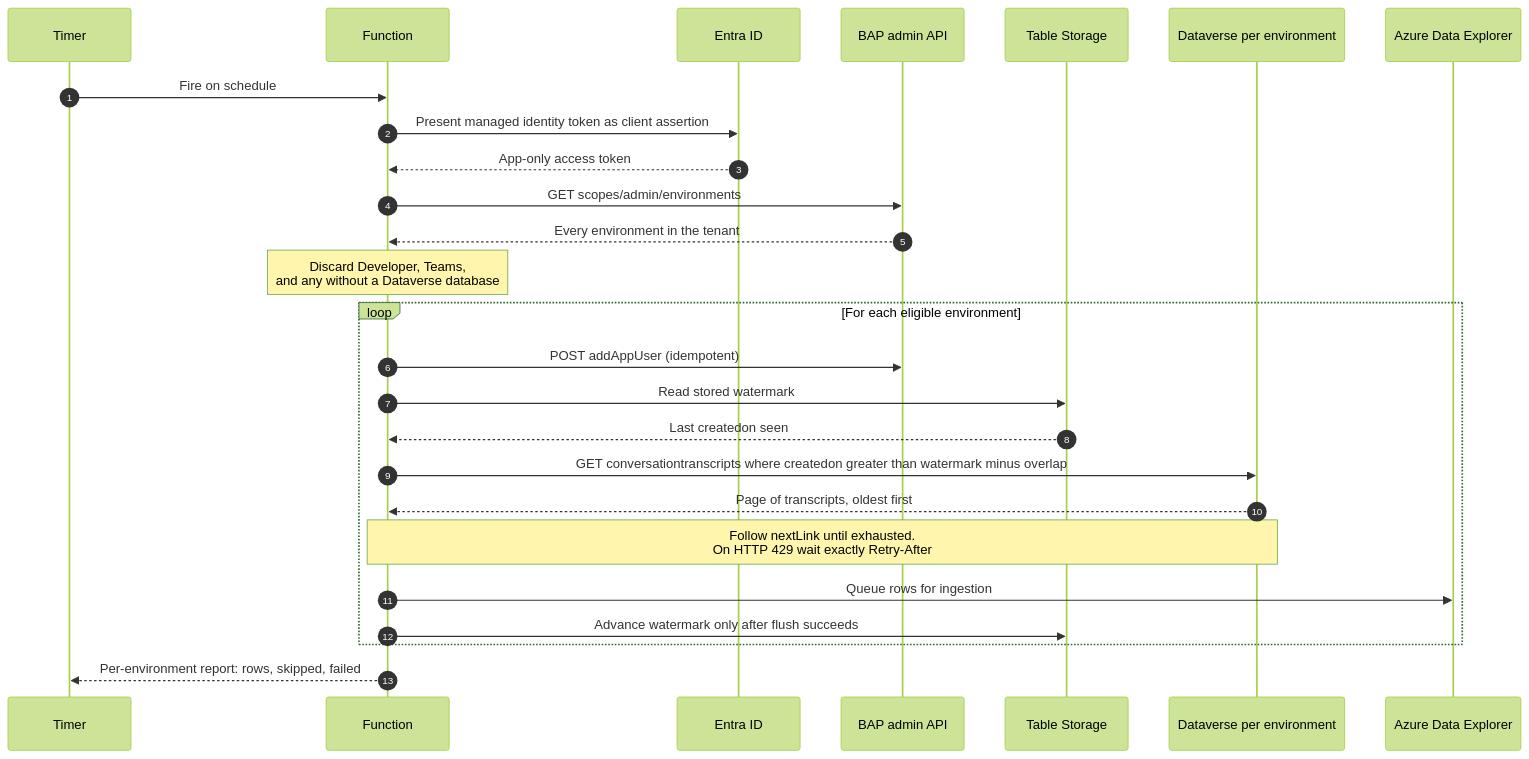
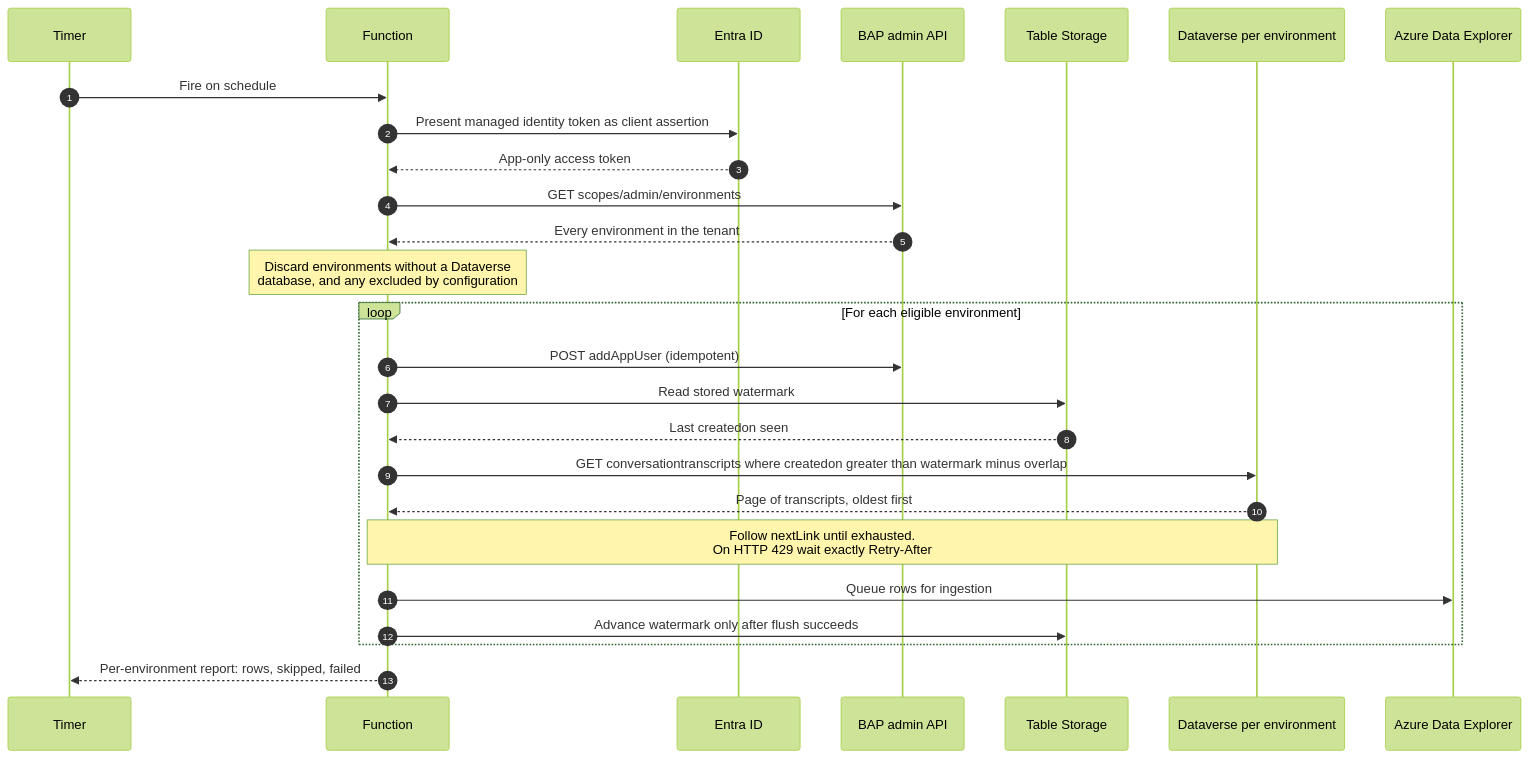
The second of 3 diagrams in README.md (russrimm/copilot-transcript-sync), drawn with Mermaid (forest theme) before and after one commit. The commit also changed other lines of this file and 9 other files, not shown here.

First line of the commit message:
Stop excluding Developer environments: the documentation is wrong

````diff
--- a/README.md
+++ b/README.md
@@ -165,41 +165,41 @@
 ```mermaid
 sequenceDiagram
     accTitle: Sequence of a single transcript sync run
     accDescr {
       The timer fires the Function. The Function exchanges its managed identity token for an
       application token from Microsoft Entra ID, then asks the Business Application Platform
       admin API for every environment in the tenant. It discards environments that cannot
       hold transcripts. For each remaining environment it ensures an application user exists,
       reads the stored watermark from Table Storage, queries Dataverse for transcripts created
       after that point, queues the rows for ingestion into Azure Data Explorer, and finally
       advances the watermark only after the rows have been flushed.
     }
     autonumber
     participant T as Timer
     participant F as Function
     participant E as Entra ID
     participant B as BAP admin API
     participant W as Table Storage
     participant D as Dataverse per environment
     participant K as Azure Data Explorer
 
     T->>F: Fire on schedule
     F->>E: Present managed identity token as client assertion
     E-->>F: App-only access token
     F->>B: GET scopes/admin/environments
     B-->>F: Every environment in the tenant
-    Note over F: Discard Developer, Teams,<br/>and any without a Dataverse database
+    Note over F: Discard environments without a Dataverse<br/>database, and any excluded by configuration
 
     loop For each eligible environment
         F->>B: POST addAppUser (idempotent)
         F->>W: Read stored watermark
         W-->>F: Last createdon seen
         F->>D: GET conversationtranscripts where createdon greater than watermark minus overlap
         D-->>F: Page of transcripts, oldest first
         Note over F,D: Follow nextLink until exhausted.<br/>On HTTP 429 wait exactly Retry-After
         F->>K: Queue rows for ingestion
         F->>W: Advance watermark only after flush succeeds
     end
 
     F-->>T: Per-environment report: rows, skipped, failed
 ```
````
